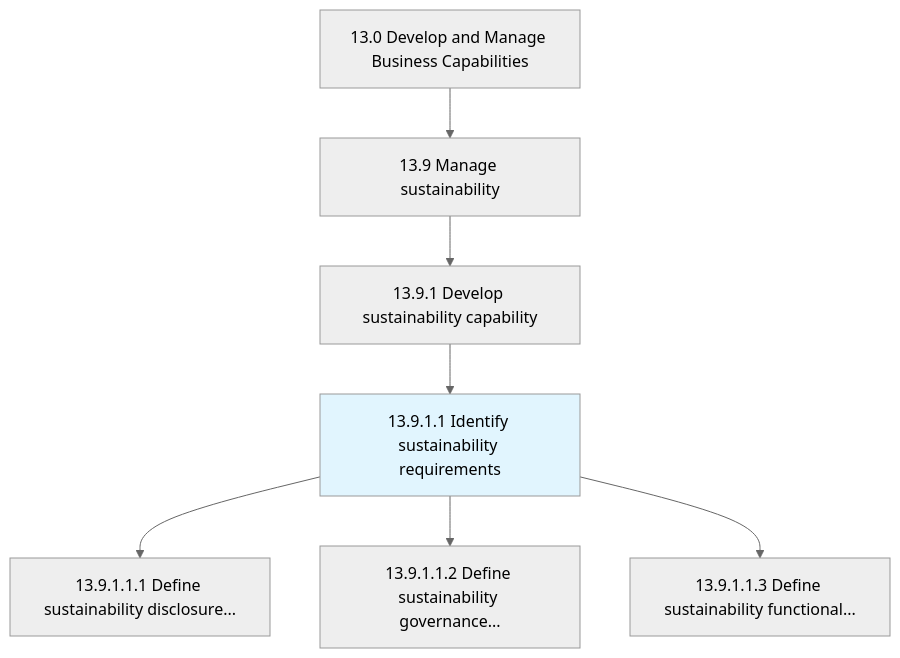
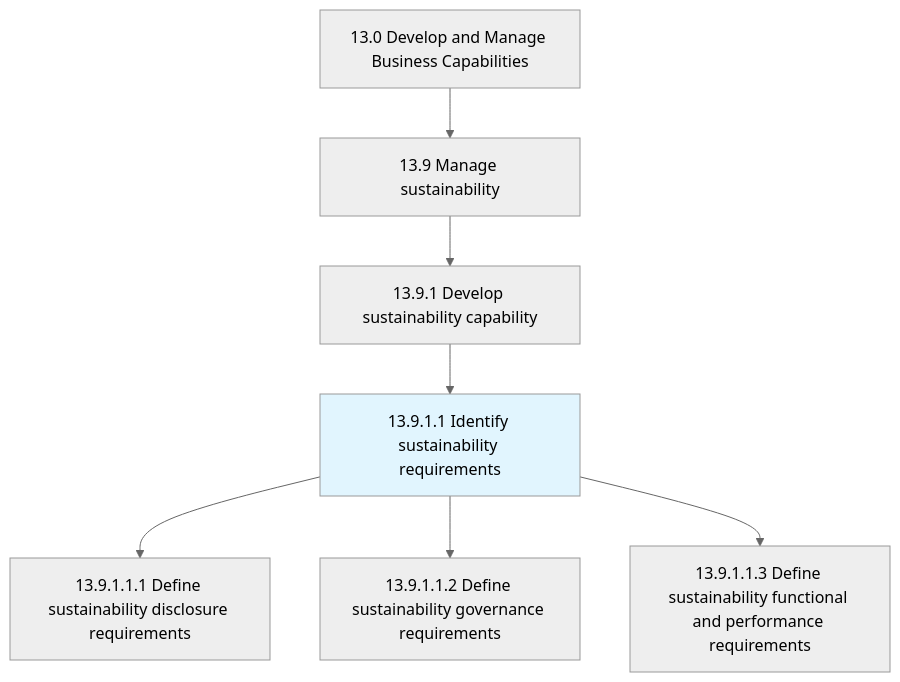
One commit to kziemski/business.org.ai changed the first of 2 diagrams in processes/13-Capabilities/13.9-ManageSustainability/13.9.1-DevelopSustainabilityCapability/13.9.1.1-IdentifySustainabilityRequirements/index.mdx. Above: the diagram before and after it, drawn with Mermaid (neutral theme). The commit also changed other lines of this file and 885 other files, not shown here.

````diff
--- a/processes/13-Capabilities/13.9-ManageSustainability/13.9.1-DevelopSustainabilityCapability/13.9.1.1-IdentifySustainabilityRequirements/index.mdx
+++ b/processes/13-Capabilities/13.9-ManageSustainability/13.9.1-DevelopSustainabilityCapability/13.9.1.1-IdentifySustainabilityRequirements/index.mdx
@@ -25,11 +27,11 @@
 ```mermaid
 graph TD
     C13["13.0 Develop and Manage Business Capabilities"]
     C13 --> N13_9["13.9 Manage sustainability"]
     N13_9 --> N13_9_1["13.9.1 Develop sustainability capability"]
     N13_9_1 --> N13_9_1_1["13.9.1.1 Identify sustainability requirements"]
     style N13_9_1_1 fill:#e1f5fe
-    N13_9_1_1 --> N13_9_1_1_1["13.9.1.1.1 Define sustainability disclosure..."]
-    N13_9_1_1 --> N13_9_1_1_2["13.9.1.1.2 Define sustainability governance..."]
-    N13_9_1_1 --> N13_9_1_1_3["13.9.1.1.3 Define sustainability functional..."]
+    N13_9_1_1 --> N13_9_1_1_1["13.9.1.1.1 Define sustainability disclosure requirements"]
+    N13_9_1_1 --> N13_9_1_1_2["13.9.1.1.2 Define sustainability governance requirements"]
+    N13_9_1_1 --> N13_9_1_1_3["13.9.1.1.3 Define sustainability functional and performance requirements"]
 ```
````
